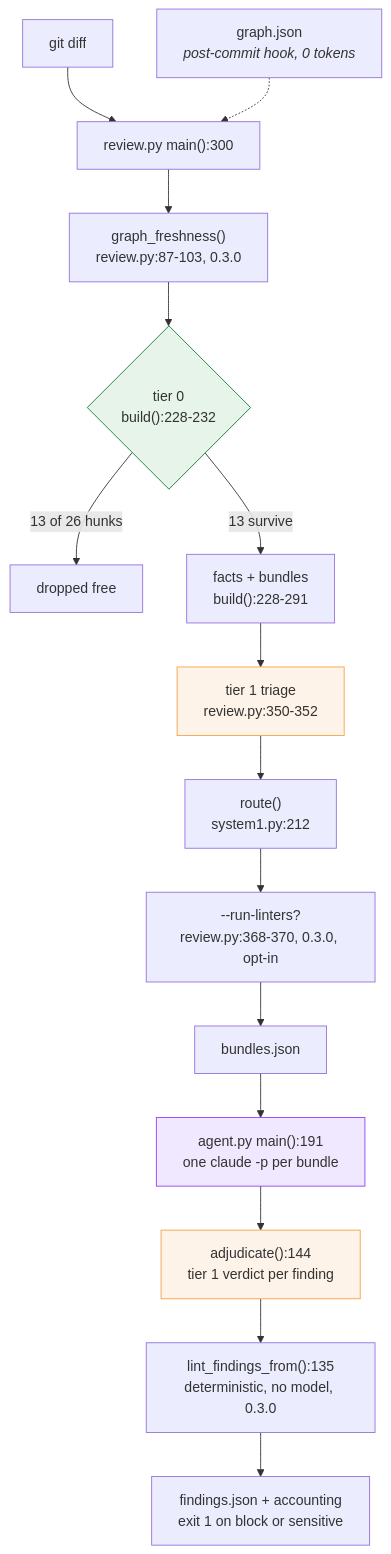
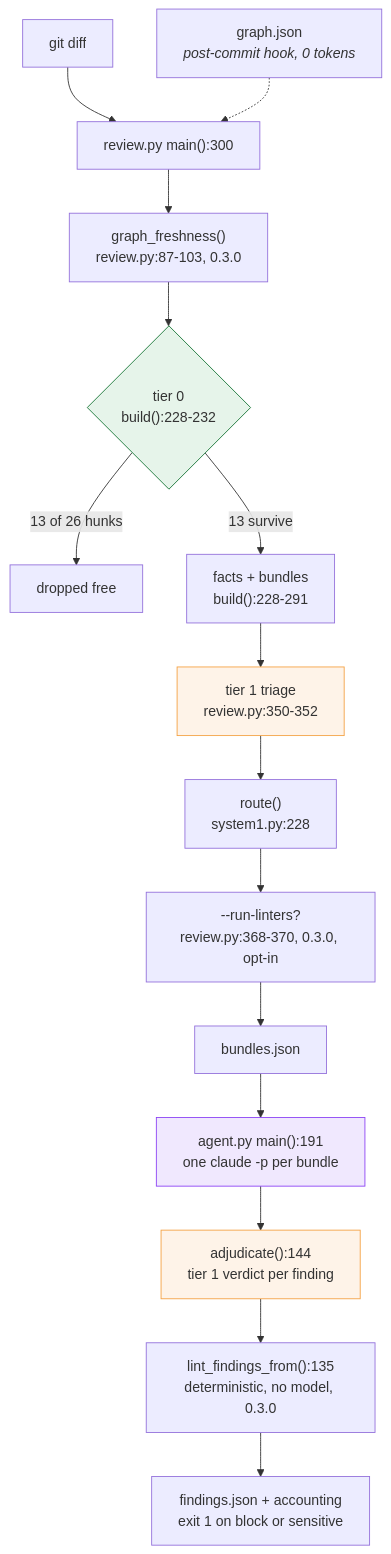
The first of 4 diagrams in docs/call-flow.md (liem18112000/graph-code-review-agent), drawn with Mermaid before and after one commit. The commit also changed other lines of this file and 8 other files, not shown here.

````diff
--- a/docs/call-flow.md
+++ b/docs/call-flow.md
@@ -15,25 +15,25 @@
 ```mermaid
 flowchart TD
     D["git diff"] --> RP["review.py main():300"]
     G["graph.json<br/><i>post-commit hook, 0 tokens</i>"] -.-> RP
 
     RP --> FRESH["graph_freshness()<br/>review.py:87-103, 0.3.0"]
     FRESH --> T0{"tier 0<br/>build():228-232"}
     T0 -->|"13 of 26 hunks"| DROP["dropped free"]
     T0 -->|"13 survive"| FACTS["facts + bundles<br/>build():228-291"]
 
     FACTS --> T1["tier 1 triage<br/>review.py:350-352"]
-    T1 --> ROUTE["route()<br/>system1.py:212"]
+    T1 --> ROUTE["route()<br/>system1.py:228"]
     ROUTE --> LINT["--run-linters?<br/>review.py:368-370, 0.3.0, opt-in"]
     LINT --> JSON["bundles.json"]
 
     JSON --> AG["agent.py main():191<br/>one claude -p per bundle"]
     AG --> VERD["adjudicate():144<br/>tier 1 verdict per finding"]
     VERD --> LINTF["lint_findings_from():135<br/>deterministic, no model, 0.3.0"]
     LINTF --> OUT["findings.json + accounting<br/>exit 1 on block or sensitive"]
 
     style T0 fill:#e6f4ea,stroke:#137333
     style T1 fill:#fef3e8,stroke:#f4a142
     style VERD fill:#fef3e8,stroke:#f4a142
     style AG fill:#f0e8fe,stroke:#8b42f4
 ```
````
